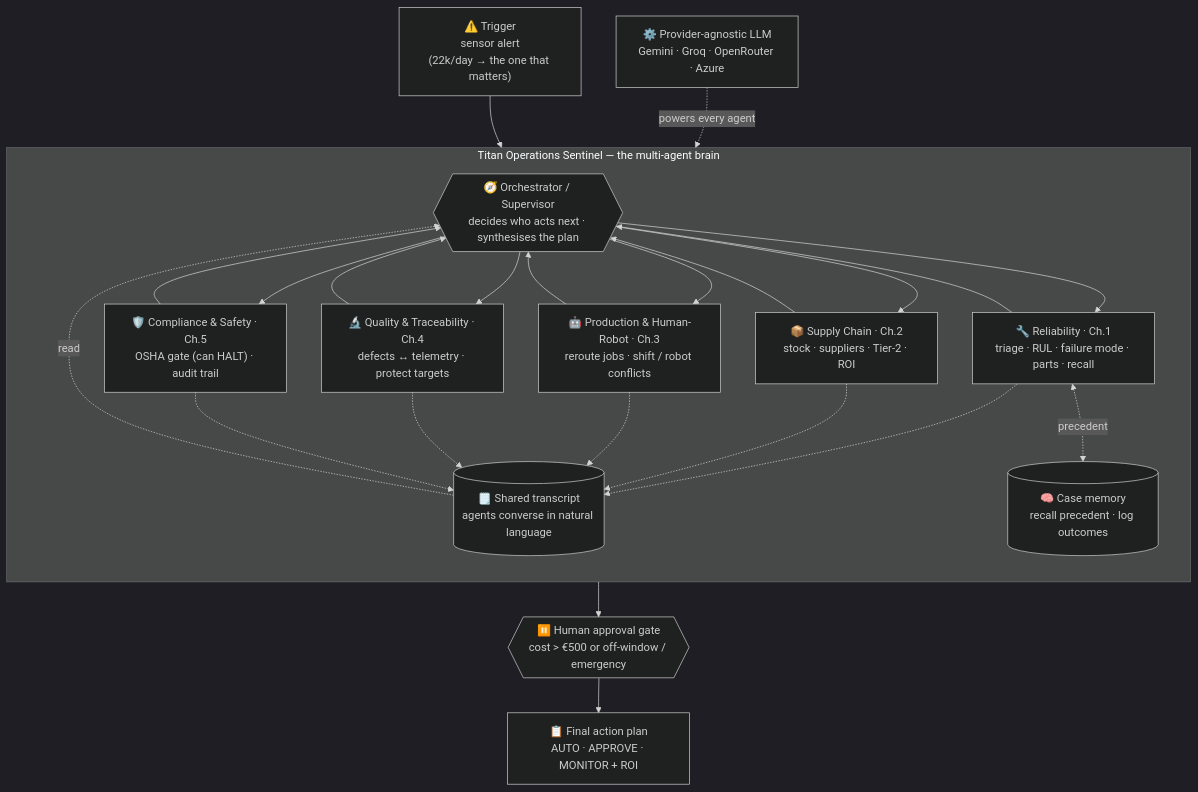
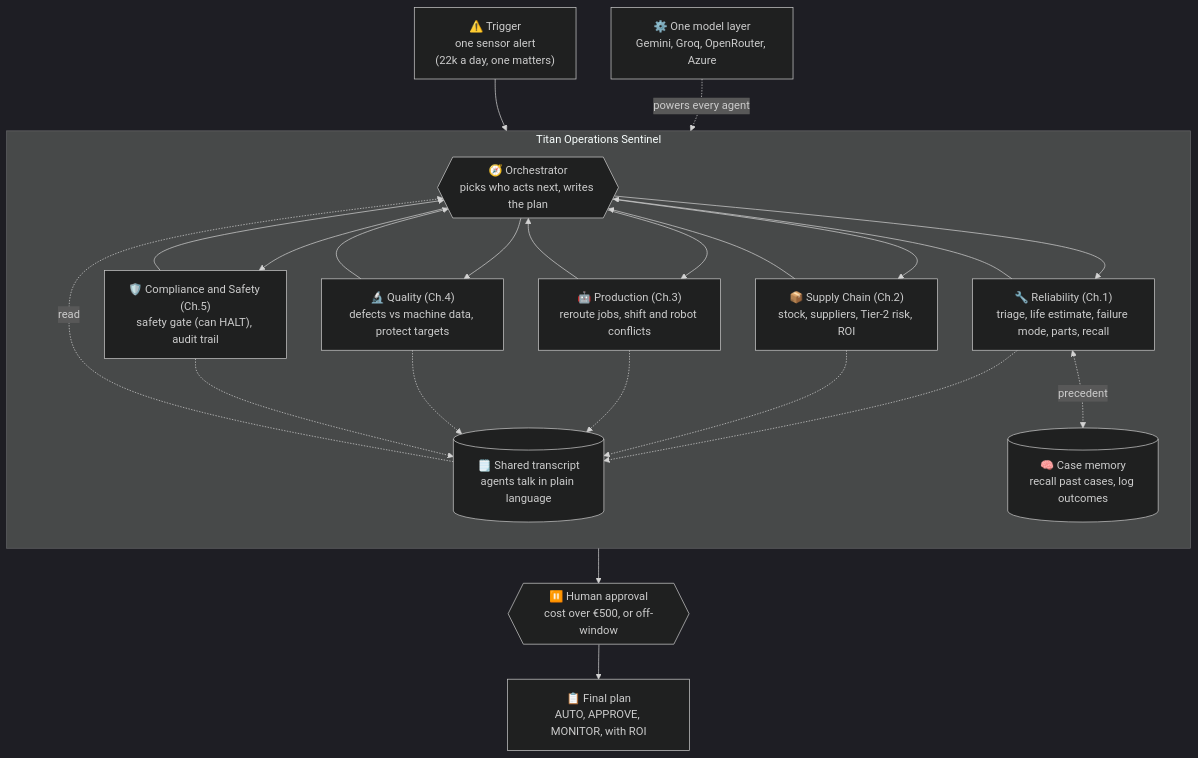
One commit to ma731/Agentic-AI-for-IT changed the diagram in README.md. Above: the diagram before and after it, drawn with Mermaid (dark theme). The commit also changed other lines of this file and 2 other files, not shown here.

First line of the commit message:
docs: rewrite README in plain language; add demo script; honest Live cost

````diff
--- a/README.md
+++ b/README.md
@@ -69,28 +73,28 @@
 ```mermaid
 flowchart TB
-    ALERT["⚠️ Trigger<br/>sensor alert<br/>(22k/day → the one that matters)"]
+    ALERT["⚠️ Trigger<br/>one sensor alert<br/>(22k a day, one matters)"]
 
-    subgraph BRAIN["Titan Operations Sentinel — the multi-agent brain"]
+    subgraph BRAIN["Titan Operations Sentinel"]
       direction TB
-      ORCH{{"🧭 Orchestrator / Supervisor<br/>decides who acts next · synthesises the plan"}}
-      REL["🔧 Reliability · Ch.1<br/>triage · RUL · failure mode · parts · recall"]
-      SUP["📦 Supply Chain · Ch.2<br/>stock · suppliers · Tier-2 · ROI"]
-      PRO["🤖 Production & Human-Robot · Ch.3<br/>reroute jobs · shift / robot conflicts"]
-      QUA["🔬 Quality & Traceability · Ch.4<br/>defects ↔ telemetry · protect targets"]
-      COM["🛡️ Compliance & Safety · Ch.5<br/>OSHA gate (can HALT) · audit trail"]
-      TRANS[("🗒️ Shared transcript<br/>agents converse in natural language")]
-      MEM[("🧠 Case memory<br/>recall precedent · log outcomes")]
+      ORCH{{"🧭 Orchestrator<br/>picks who acts next, writes the plan"}}
+      REL["🔧 Reliability (Ch.1)<br/>triage, life estimate, failure mode, parts, recall"]
+      SUP["📦 Supply Chain (Ch.2)<br/>stock, suppliers, Tier-2 risk, ROI"]
+      PRO["🤖 Production (Ch.3)<br/>reroute jobs, shift and robot conflicts"]
+      QUA["🔬 Quality (Ch.4)<br/>defects vs machine data, protect targets"]
+      COM["🛡️ Compliance and Safety (Ch.5)<br/>safety gate (can HALT), audit trail"]
+      TRANS[("🗒️ Shared transcript<br/>agents talk in plain language")]
+      MEM[("🧠 Case memory<br/>recall past cases, log outcomes")]
 
       ORCH --> REL & SUP & PRO & QUA & COM
       REL & SUP & PRO & QUA & COM --> ORCH
       REL & SUP & PRO & QUA & COM -.-> TRANS
       TRANS -.read.-> ORCH
       REL <-.precedent.-> MEM
     end
 
     ALERT --> ORCH
-    ORCH --> GATE{{"⏸️ Human approval gate<br/>cost > €500 or off-window / emergency"}}
-    GATE --> PLAN["📋 Final action plan<br/>AUTO · APPROVE · MONITOR + ROI"]
+    ORCH --> GATE{{"⏸️ Human approval<br/>cost over €500, or off-window"}}
+    GATE --> PLAN["📋 Final plan<br/>AUTO, APPROVE, MONITOR, with ROI"]
 
-    MODEL["⚙️ Provider-agnostic LLM<br/>Gemini · Groq · OpenRouter · Azure"] -. powers every agent .-> BRAIN
+    MODEL["⚙️ One model layer<br/>Gemini, Groq, OpenRouter, Azure"] -. powers every agent .-> BRAIN
 ```
````
